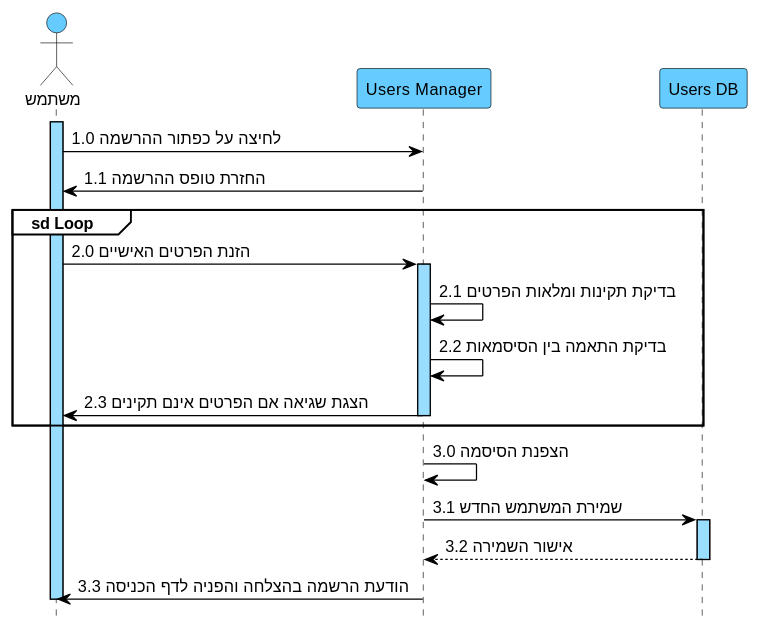
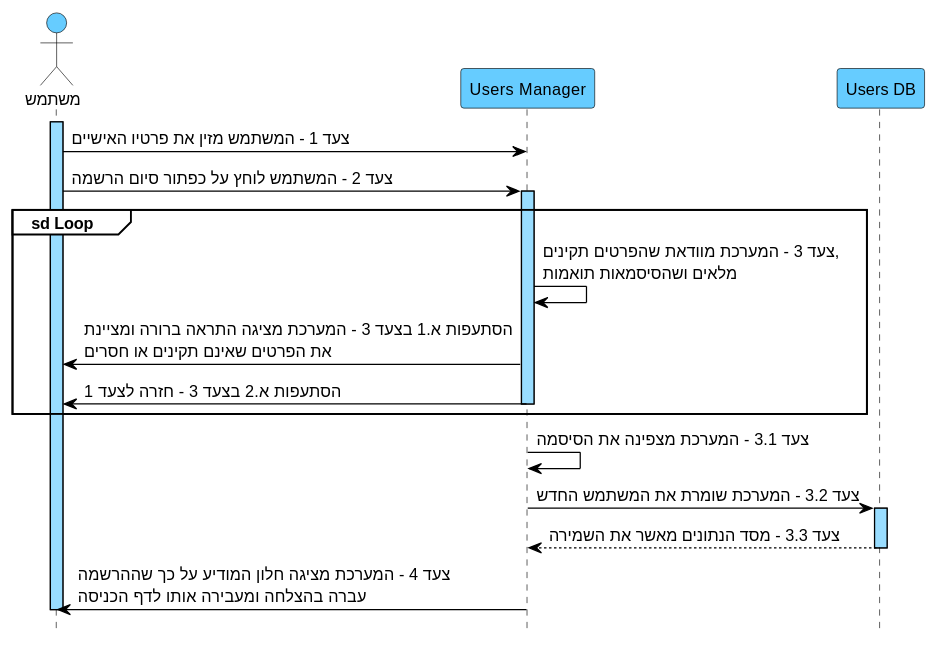
Before and after one commit to arielkaplan20/GOLDEN_HAIR_SALOAN: the diagram in docs/diagrams/puml/01-seq-suc01-הרשמה.puml, drawn with PlantUML. The commit also changed 26 other files, not shown here.

```diff
--- a/docs/diagrams/puml/01-seq-suc01-הרשמה.puml
+++ b/docs/diagrams/puml/01-seq-suc01-הרשמה.puml
@@ -1,46 +1,47 @@
 @startuml
 hide footbox
 skinparam backgroundColor white
 skinparam defaultFontName Arial
 skinparam defaultFontSize 13
 skinparam sequence {
 ArrowColor black
 ArrowFontColor black
 ActorBorderColor black
 ActorBackgroundColor #66CCFF
 LifeLineBorderColor black
 LifeLineBackgroundColor #99DDFF
 ParticipantBorderColor black
 ParticipantBackgroundColor #66CCFF
 ParticipantFontColor black
 ParticipantFontSize 13
 GroupBorderColor black
 GroupBackgroundColor white
 GroupHeaderFontColor black
 }
 
 actor "משתמש" as U
 participant "Users Manager" as UM
 participant "Users DB" as DB
 
 activate U
-U -> UM : 1.0 לחיצה על כפתור ההרשמה
-UM -> U : 1.1 החזרת טופס ההרשמה
+U -> UM : צעד 1 - המשתמש מזין את פרטיו האישיים
+U -> UM : צעד 2 - המשתמש לוחץ על כפתור סיום הרשמה
 
 group sd Loop
-U -> UM : 2.0 הזנת הפרטים האישיים
 activate UM
-UM -> UM : 2.1 בדיקת תקינות ומלאות הפרטים
-UM -> UM : 2.2 בדיקת התאמה בין הסיסמאות
-UM -> U : 2.3 הצגת שגיאה אם הפרטים אינם תקינים
+UM -> UM : צעד 3 - המערכת מוודאת שהפרטים תקינים,\nמלאים ושהסיסמאות תואמות
+UM -> U : הסתעפות א.1 בצעד 3 - המערכת מציגה התראה ברורה ומציינת\nאת הפרטים שאינם תקינים או חסרים
+UM -> U : הסתעפות א.2 בצעד 3 - חזרה לצעד 1
 deactivate UM
 end
 
-UM -> UM : 3.0 הצפנת הסיסמה
-UM -> DB : 3.1 שמירת המשתמש החדש
+activate UM
+UM -> UM : צעד 3.1 - המערכת מצפינה את הסיסמה
+UM -> DB : צעד 3.2 - המערכת שומרת את המשתמש החדש
 activate DB
-DB --> UM : 3.2 אישור השמירה
+DB --> UM : צעד 3.3 - מסד הנתונים מאשר את השמירה
 deactivate DB
-UM -> U : 3.3 הודעת הרשמה בהצלחה והפניה לדף הכניסה
+UM -> U : צעד 4 - המערכת מציגה חלון המודיע על כך שההרשמה\nעברה בהצלחה ומעבירה אותו לדף הכניסה
+deactivate UM
 deactivate U
 @enduml
```
